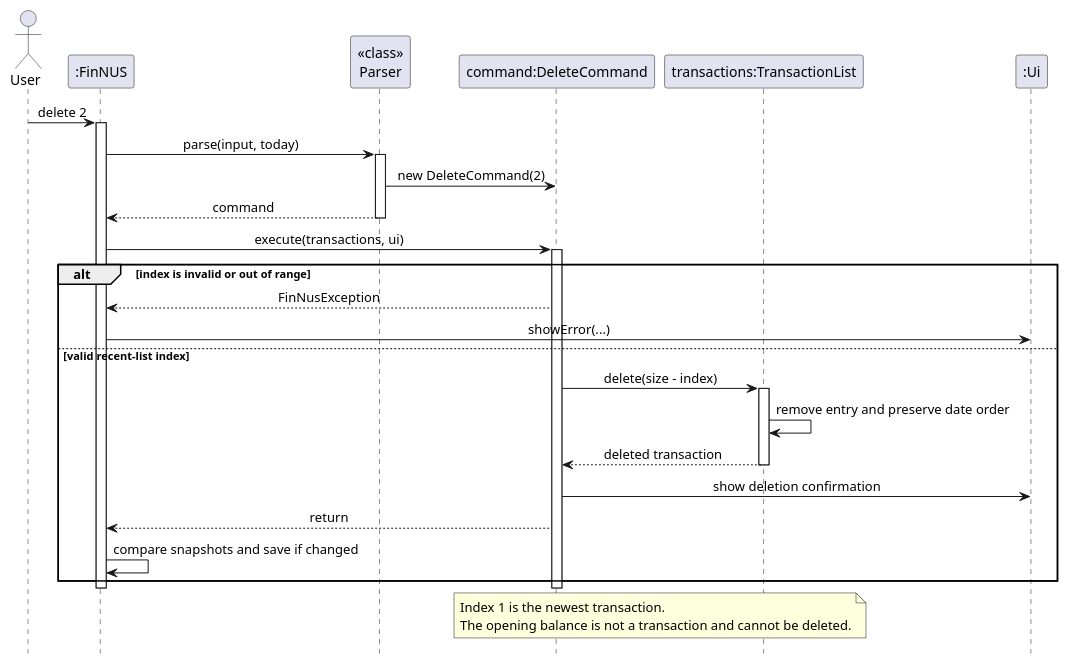
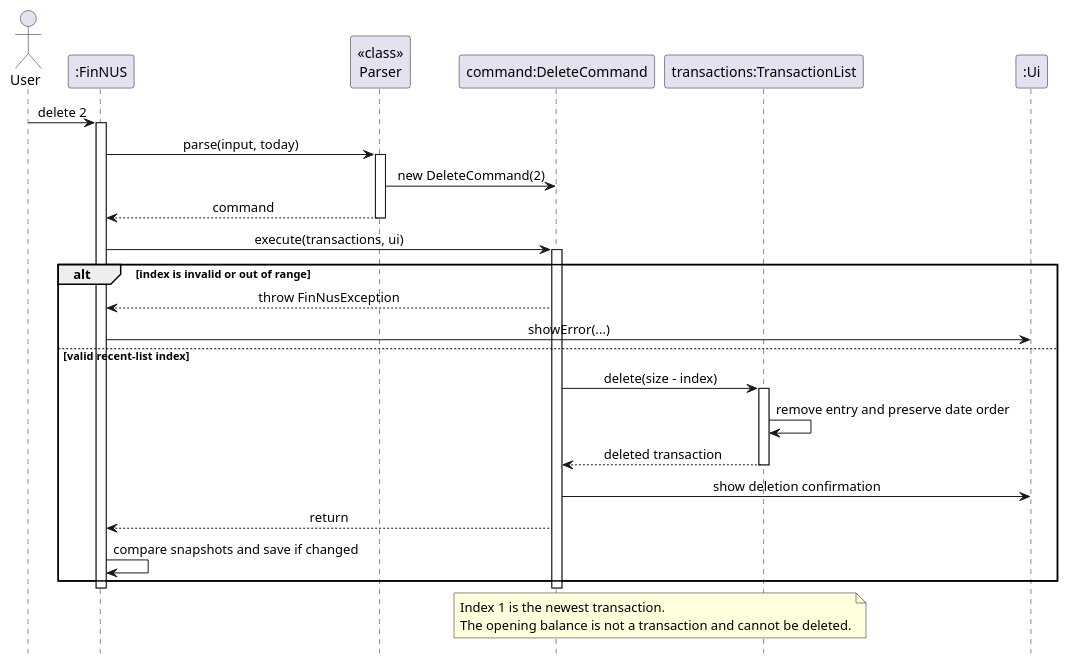
One commit to AY2627S1-CS2113-W13-2/tp changed the diagram in docs/diagrams/DeleteSequenceDiagram.puml. Above: the diagram before and after it, drawn with PlantUML. The commit also changed 1 other file, not shown here.

```diff
--- a/docs/diagrams/DeleteSequenceDiagram.puml
+++ b/docs/diagrams/DeleteSequenceDiagram.puml
@@ -1,45 +1,45 @@
 @startuml DeleteSequenceDiagram
 ' @@author lololol8484
 ' Deleting the transaction shown at a recent/find index.
 hide footbox
 skinparam shadowing false
 skinparam sequenceMessageAlign center
 
 actor User
 participant ":FinNUS" as FinNUS
 participant "<<class>>\nParser" as Parser
 participant "command:DeleteCommand" as Delete
 participant "transactions:TransactionList" as Ledger
 participant ":Ui" as Ui
 
 User -> FinNUS: delete 2
 activate FinNUS
 FinNUS -> Parser: parse(input, today)
 activate Parser
 Parser -> Delete: new DeleteCommand(2)
 Parser --> FinNUS: command
 deactivate Parser
 FinNUS -> Delete: execute(transactions, ui)
 activate Delete
 
 alt index is invalid or out of range
-    Delete --> FinNUS: FinNusException
+    Delete --> FinNUS: throw FinNusException
     FinNUS -> Ui: showError(...)
 else valid recent-list index
     Delete -> Ledger: delete(size - index)
     activate Ledger
     Ledger -> Ledger: remove entry and preserve date order
     Ledger --> Delete: deleted transaction
     deactivate Ledger
     Delete -> Ui: show deletion confirmation
     Delete --> FinNUS: return
     FinNUS -> FinNUS: compare snapshots and save if changed
 end
 deactivate Delete
 deactivate FinNUS
 
 note over Delete, Ledger
     Index 1 is the newest transaction.
     The opening balance is not a transaction and cannot be deleted.
 end note
 @enduml
```
